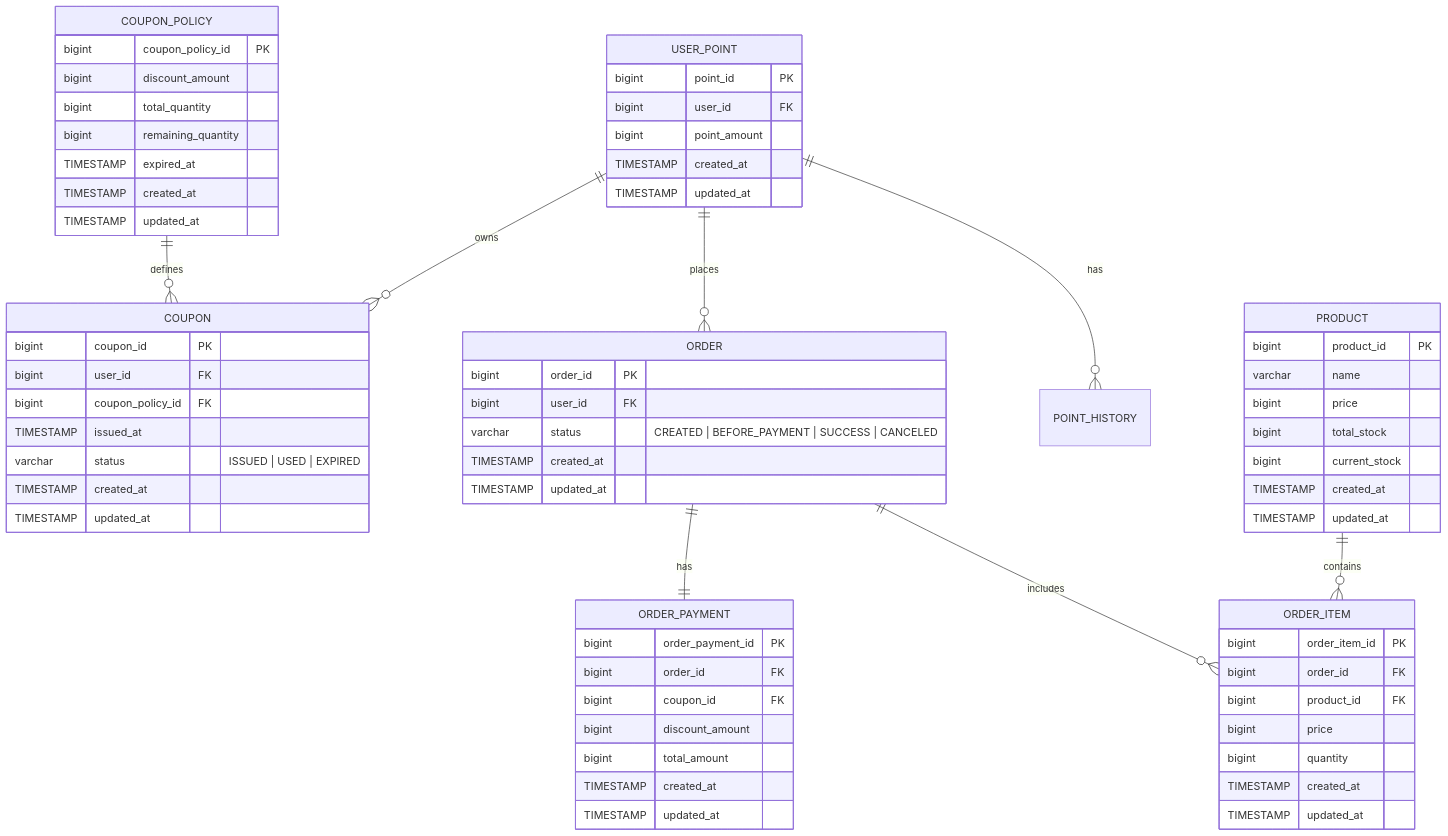
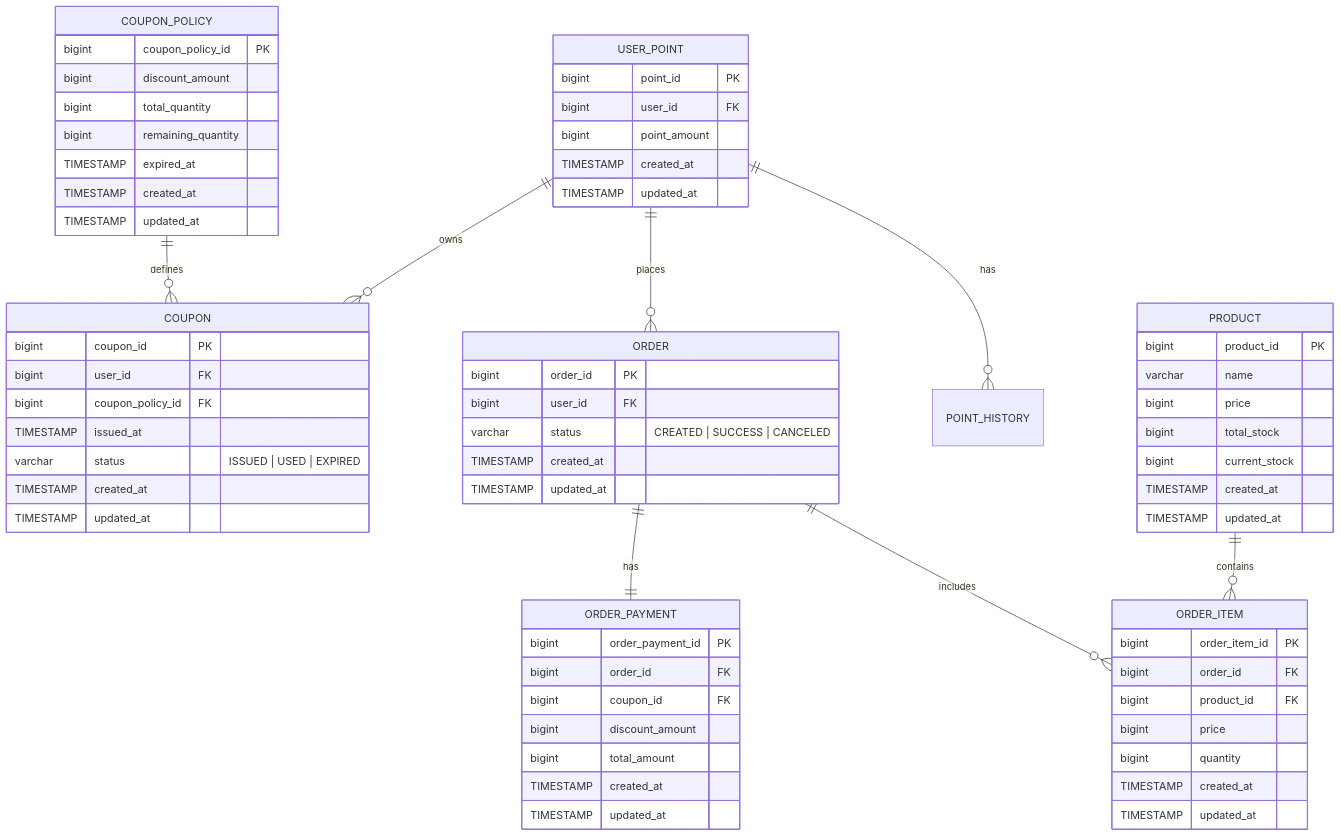
One commit to Maker-H/99-shopping changed the diagram in docs/erd/erd.mmd. Above: the diagram before and after it, drawn with Mermaid. The commit also changed 44 other files, not shown here.

```diff
--- a/docs/erd/erd.mmd
+++ b/docs/erd/erd.mmd
@@ -1,82 +1,81 @@
 erDiagram
 
     USER_POINT ||--o{ POINT_HISTORY : has
     USER_POINT ||--o{ ORDER : places
     USER_POINT ||--o{ COUPON : owns
 
     PRODUCT ||--o{ ORDER_ITEM : contains
     ORDER ||--o{ ORDER_ITEM : includes
     ORDER ||--|| ORDER_PAYMENT : has
 
     COUPON_POLICY ||--o{ COUPON : defines
 
     USER_POINT {
         bigint point_id PK
         bigint user_id FK
         bigint point_amount
         TIMESTAMP created_at
         TIMESTAMP updated_at
     }
 
     PRODUCT {
         bigint product_id PK
         varchar name
         bigint price
         bigint total_stock
         bigint current_stock
         TIMESTAMP created_at
         TIMESTAMP updated_at
     }
 
-%%  ORDER(created_at DESC)
     ORDER {
         bigint order_id PK
         bigint user_id FK
-        varchar status "CREATED | BEFORE_PAYMENT | SUCCESS | CANCELED"
+        varchar status "CREATED | SUCCESS | CANCELED"
         TIMESTAMP created_at
         TIMESTAMP updated_at
     }
 
 %%  ORDER_ITEM(order_id)
     ORDER_ITEM {
         bigint order_item_id PK
         bigint order_id FK
         bigint product_id FK
         bigint price
         bigint quantity
         TIMESTAMP created_at
         TIMESTAMP updated_at
     }
 
 %%  ORDER_PAYMENT(order_id)
     ORDER_PAYMENT {
         bigint order_payment_id PK
         bigint order_id FK
         bigint coupon_id FK
         bigint discount_amount
         bigint total_amount
         TIMESTAMP created_at
         TIMESTAMP updated_at
     }
 
     COUPON_POLICY {
         bigint coupon_policy_id PK
         bigint discount_amount
         bigint total_quantity
         bigint remaining_quantity
         TIMESTAMP expired_at
         TIMESTAMP created_at
         TIMESTAMP updated_at
     }
 
 %%  COUPON (coupon_policy_id)
 %%  COUPON (user_id)
     COUPON {
         bigint coupon_id PK
         bigint user_id FK
         bigint coupon_policy_id FK
         TIMESTAMP issued_at
         varchar status "ISSUED | USED | EXPIRED"
         TIMESTAMP created_at
         TIMESTAMP updated_at
     }
```
